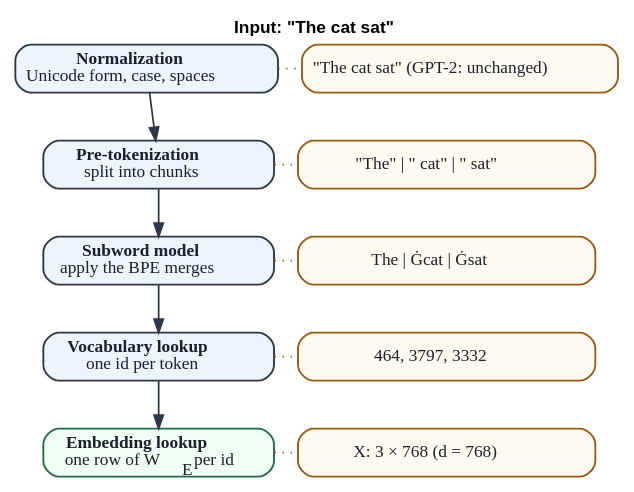
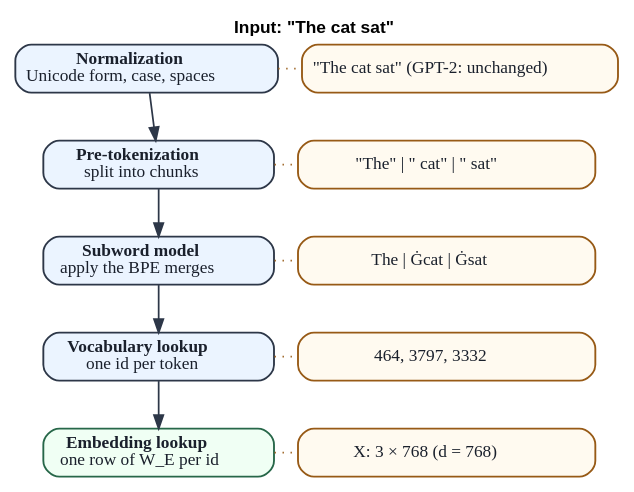
The diagram in chapters/01-foundations/figures/tokenization_pipeline.dot (Beaker12/llmatlas), drawn with Graphviz before and after one commit. The commit also changed 39 other files, not shown here.

Commit message:
Chapter 1 figures: plain subscripts in schematics, vertical history timeline, sentence-case plots, Zipf reference line, parameter axis in millions, display widths

```diff
--- a/chapters/01-foundations/figures/tokenization_pipeline.dot
+++ b/chapters/01-foundations/figures/tokenization_pipeline.dot
@@ -1,32 +1,32 @@
 digraph TokenizationPipeline {
     graph [fontname="Arial" fontsize=13 bgcolor=white label=<<b>Input: "The cat sat"</b>> labelloc=t];
 
     s0 [label=<<b>Normalization</b><br/>Unicode form, case, spaces> shape=box style="rounded,filled" fillcolor="#ebf4ff" color="#2d3748" penwidth=1.4 fontsize=13 fontcolor="#1a202c" width=2.4];
     e0 [label=<&quot;The cat sat&quot; (GPT-2: unchanged)> shape=box style="rounded,filled" fillcolor="#fffaf0" color="#975a16" penwidth=1.4 fontsize=13 fontcolor="#1a202c" width=3.1];
     { rank=same; s0; e0; }
     s0 -> e0 [style=dotted arrowhead=none color="#975a16" penwidth=1.2];
     s1 [label=<<b>Pre-tokenization</b><br/>split into chunks> shape=box style="rounded,filled" fillcolor="#ebf4ff" color="#2d3748" penwidth=1.4 fontsize=13 fontcolor="#1a202c" width=2.4];
     e1 [label=<&quot;The&quot; | &quot; cat&quot; | &quot; sat&quot;> shape=box style="rounded,filled" fillcolor="#fffaf0" color="#975a16" penwidth=1.4 fontsize=13 fontcolor="#1a202c" width=3.1];
     { rank=same; s1; e1; }
     s1 -> e1 [style=dotted arrowhead=none color="#975a16" penwidth=1.2];
     s2 [label=<<b>Subword model</b><br/>apply the BPE merges> shape=box style="rounded,filled" fillcolor="#ebf4ff" color="#2d3748" penwidth=1.4 fontsize=13 fontcolor="#1a202c" width=2.4];
     e2 [label=<The | Ġcat | Ġsat> shape=box style="rounded,filled" fillcolor="#fffaf0" color="#975a16" penwidth=1.4 fontsize=13 fontcolor="#1a202c" width=3.1];
     { rank=same; s2; e2; }
     s2 -> e2 [style=dotted arrowhead=none color="#975a16" penwidth=1.2];
     s3 [label=<<b>Vocabulary lookup</b><br/>one id per token> shape=box style="rounded,filled" fillcolor="#ebf4ff" color="#2d3748" penwidth=1.4 fontsize=13 fontcolor="#1a202c" width=2.4];
     e3 [label=<464, 3797, 3332> shape=box style="rounded,filled" fillcolor="#fffaf0" color="#975a16" penwidth=1.4 fontsize=13 fontcolor="#1a202c" width=3.1];
     { rank=same; s3; e3; }
     s3 -> e3 [style=dotted arrowhead=none color="#975a16" penwidth=1.2];
-    s4 [label=<<b>Embedding lookup</b><br/>one row of W<sub>E</sub> per id> shape=box style="rounded,filled" fillcolor="#f0fff4" color="#276749" penwidth=1.4 fontsize=13 fontcolor="#1a202c" width=2.4];
+    s4 [label=<<b>Embedding lookup</b><br/>one row of W_E per id> shape=box style="rounded,filled" fillcolor="#f0fff4" color="#276749" penwidth=1.4 fontsize=13 fontcolor="#1a202c" width=2.4];
     e4 [label=<X: 3 × 768 (d = 768)> shape=box style="rounded,filled" fillcolor="#fffaf0" color="#975a16" penwidth=1.4 fontsize=13 fontcolor="#1a202c" width=3.1];
     { rank=same; s4; e4; }
     s4 -> e4 [style=dotted arrowhead=none color="#975a16" penwidth=1.2];
     s0 -> s1 [color="#2d3748" penwidth=1.3 fontsize=12 fontcolor="#1a202c"];
     e0 -> e1 [style=invis];
     s1 -> s2 [color="#2d3748" penwidth=1.3 fontsize=12 fontcolor="#1a202c"];
     e1 -> e2 [style=invis];
     s2 -> s3 [color="#2d3748" penwidth=1.3 fontsize=12 fontcolor="#1a202c"];
     e2 -> e3 [style=invis];
     s3 -> s4 [color="#2d3748" penwidth=1.3 fontsize=12 fontcolor="#1a202c"];
     e3 -> e4 [style=invis];
 }
```
